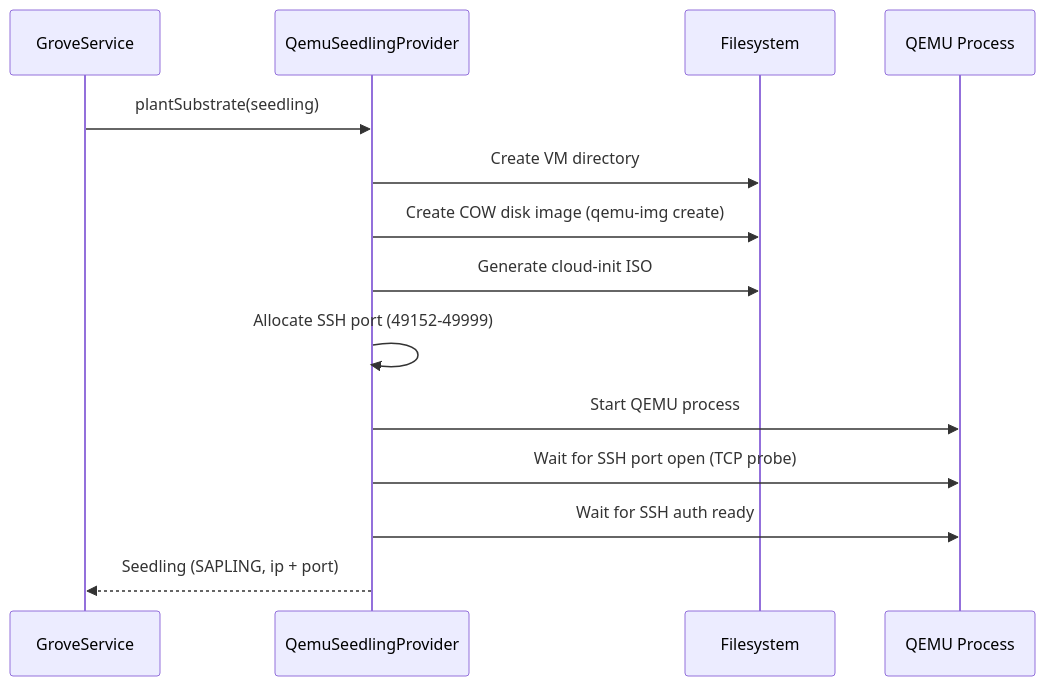
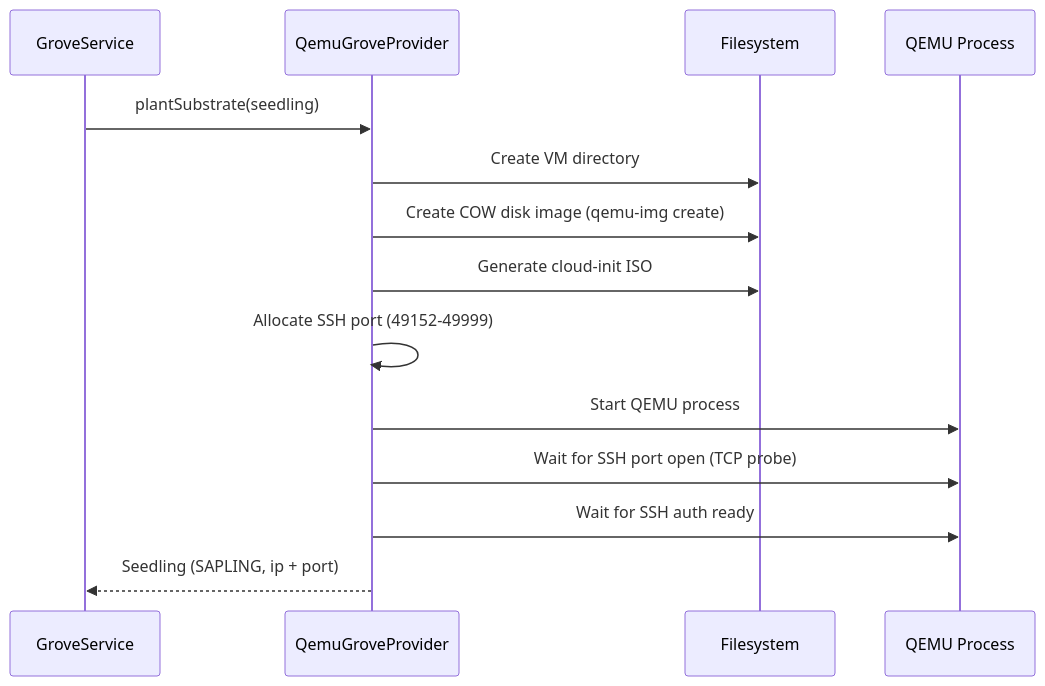
The fourth of 9 diagrams in docs/architecture/platform-architecture.md (orchard-cde/orchard), drawn with Mermaid before and after one commit. The commit also changed other lines of this file and 14 other files, not shown here.

First line of the commit message:
refactor(nursery): rename the four providers to *GroveProvider (#86)

````diff
--- a/docs/architecture/platform-architecture.md
+++ b/docs/architecture/platform-architecture.md
@@ -228,17 +228,17 @@
 ```mermaid
 sequenceDiagram
     participant GS as GroveService
-    participant QP as QemuSeedlingProvider
+    participant QP as QemuGroveProvider
     participant FS as Filesystem
     participant VM as QEMU Process
 
     GS->>QP: plantSubstrate(seedling)
     QP->>FS: Create VM directory
     QP->>FS: Create COW disk image (qemu-img create)
     QP->>FS: Generate cloud-init ISO
     QP->>QP: Allocate SSH port (49152-49999)
     QP->>VM: Start QEMU process
     QP->>VM: Wait for SSH port open (TCP probe)
     QP->>VM: Wait for SSH auth ready
     QP-->>GS: Seedling (SAPLING, ip + port)
 ```
````
